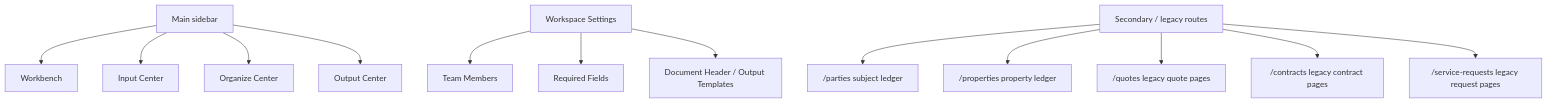
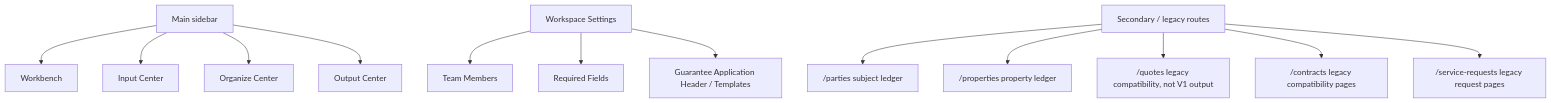
One commit to TinyTiger125/broker-desk changed the second of 6 diagrams in docs/product/PRODUCT_TOPOLOGY.md. Above: the diagram before and after it, drawn with Mermaid. The commit also changed other lines of this file and 10 other files, not shown here.

````diff
--- a/docs/product/PRODUCT_TOPOLOGY.md
+++ b/docs/product/PRODUCT_TOPOLOGY.md
@@ -224,35 +234,35 @@
 ```mermaid
 flowchart TB
   Nav["Main sidebar"]
   Home["Workbench"]
   Import["Input Center"]
   Organize["Organize Center"]
   Output["Output Center"]
 
   SettingsNav["Workspace Settings"]
   Members["Team Members"]
   Required["Required Fields"]
-  OutputHeader["Document Header / Output Templates"]
+  OutputHeader["Guarantee Application Header / Templates"]
 
   Secondary["Secondary / legacy routes"]
   Parties["/parties subject ledger"]
   Properties["/properties property ledger"]
-  Quotes["/quotes legacy quote pages"]
-  Contracts["/contracts legacy contract pages"]
+  Quotes["/quotes legacy compatibility, not V1 output"]
+  Contracts["/contracts legacy compatibility pages"]
   Service["/service-requests legacy request pages"]
 
   Nav --> Home
   Nav --> Import
   Nav --> Organize
   Nav --> Output
 
   SettingsNav --> Members
   SettingsNav --> Required
   SettingsNav --> OutputHeader
 
   Secondary --> Parties
   Secondary --> Properties
   Secondary --> Quotes
   Secondary --> Contracts
   Secondary --> Service
 ```
````
